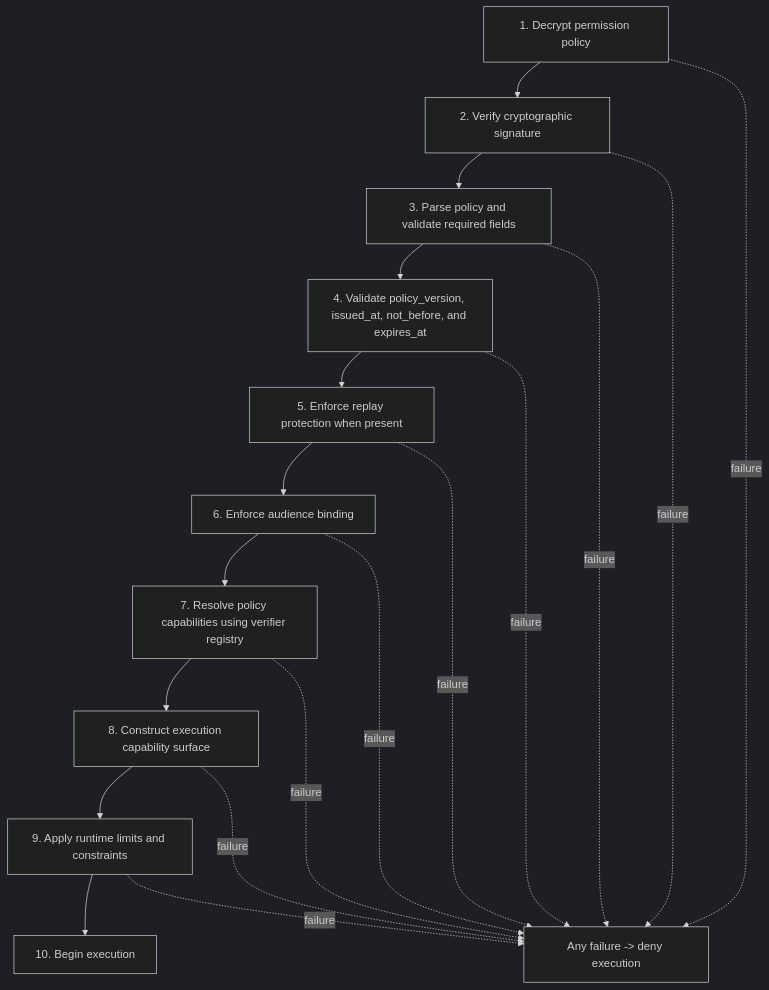
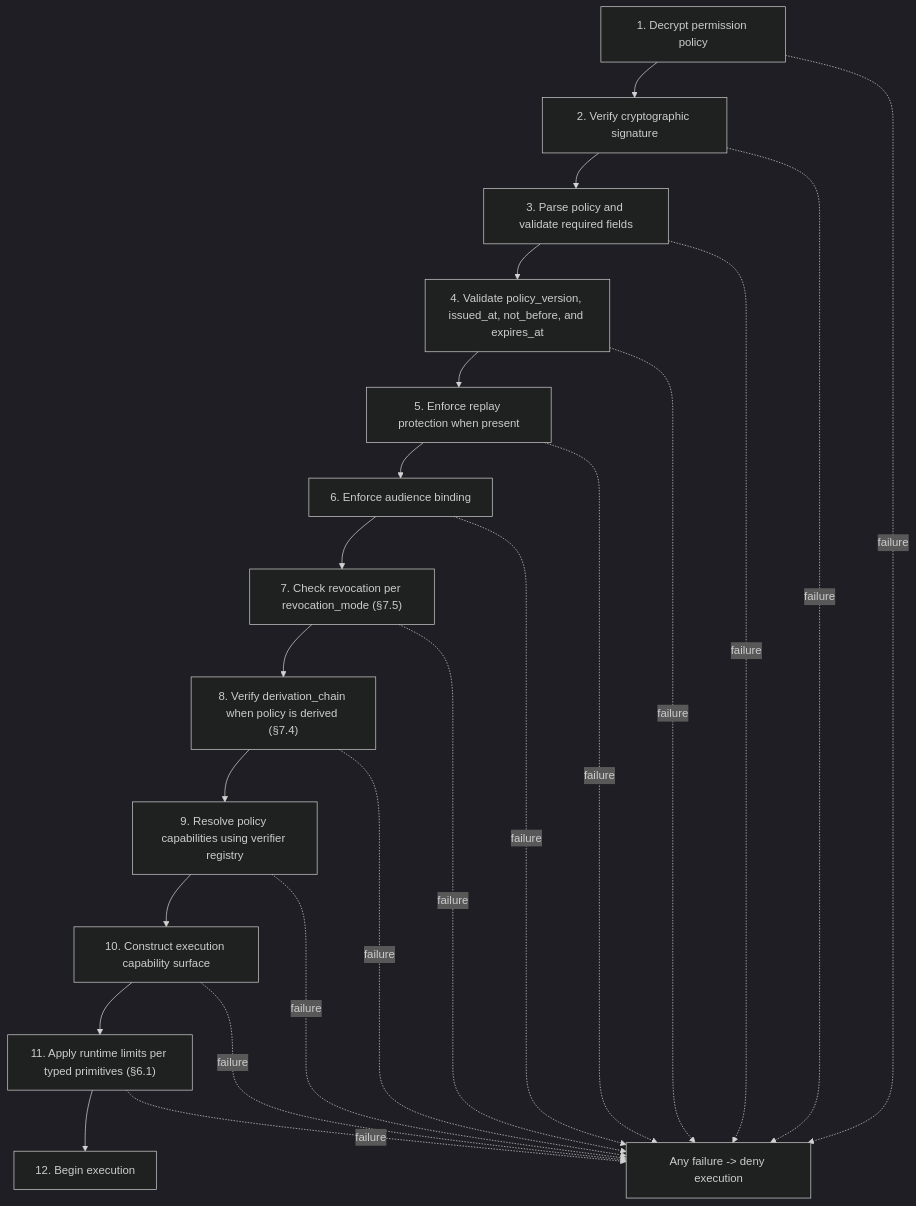
Before and after one commit to Crittora/agent-permission-protocol: the third of 4 diagrams in docs/index.md, drawn with Mermaid (dark theme). The commit also changed other lines of this file and 9 other files, not shown here.

First line of the commit message:
Release APP v0.3.0: revocation, derivation chain, and typed limits

````diff
--- a/docs/index.md
+++ b/docs/index.md
@@ -175,25 +175,29 @@
 ```mermaid
 flowchart TD
   step1["1. Decrypt permission policy"]
   step2["2. Verify cryptographic signature"]
   step3["3. Parse policy and validate required fields"]
   step4["4. Validate policy_version, issued_at, not_before, and expires_at"]
   step5["5. Enforce replay protection when present"]
   step6["6. Enforce audience binding"]
-  step7["7. Resolve policy capabilities using verifier registry"]
-  step8["8. Construct execution capability surface"]
-  step9["9. Apply runtime limits and constraints"]
-  step10["10. Begin execution"]
+  step7["7. Check revocation per revocation_mode (§7.5)"]
+  step8["8. Verify derivation_chain when policy is derived (§7.4)"]
+  step9["9. Resolve policy capabilities using verifier registry"]
+  step10["10. Construct execution capability surface"]
+  step11["11. Apply runtime limits per typed primitives (§6.1)"]
+  step12["12. Begin execution"]
   deny["Any failure -> deny execution"]
 
-  step1 --> step2 --> step3 --> step4 --> step5 --> step6 --> step7 --> step8 --> step9 --> step10
+  step1 --> step2 --> step3 --> step4 --> step5 --> step6 --> step7 --> step8 --> step9 --> step10 --> step11 --> step12
   step1 -. failure .-> deny
   step2 -. failure .-> deny
   step3 -. failure .-> deny
   step4 -. failure .-> deny
   step5 -. failure .-> deny
   step6 -. failure .-> deny
   step7 -. failure .-> deny
   step8 -. failure .-> deny
   step9 -. failure .-> deny
+  step10 -. failure .-> deny
+  step11 -. failure .-> deny
 ```
````
